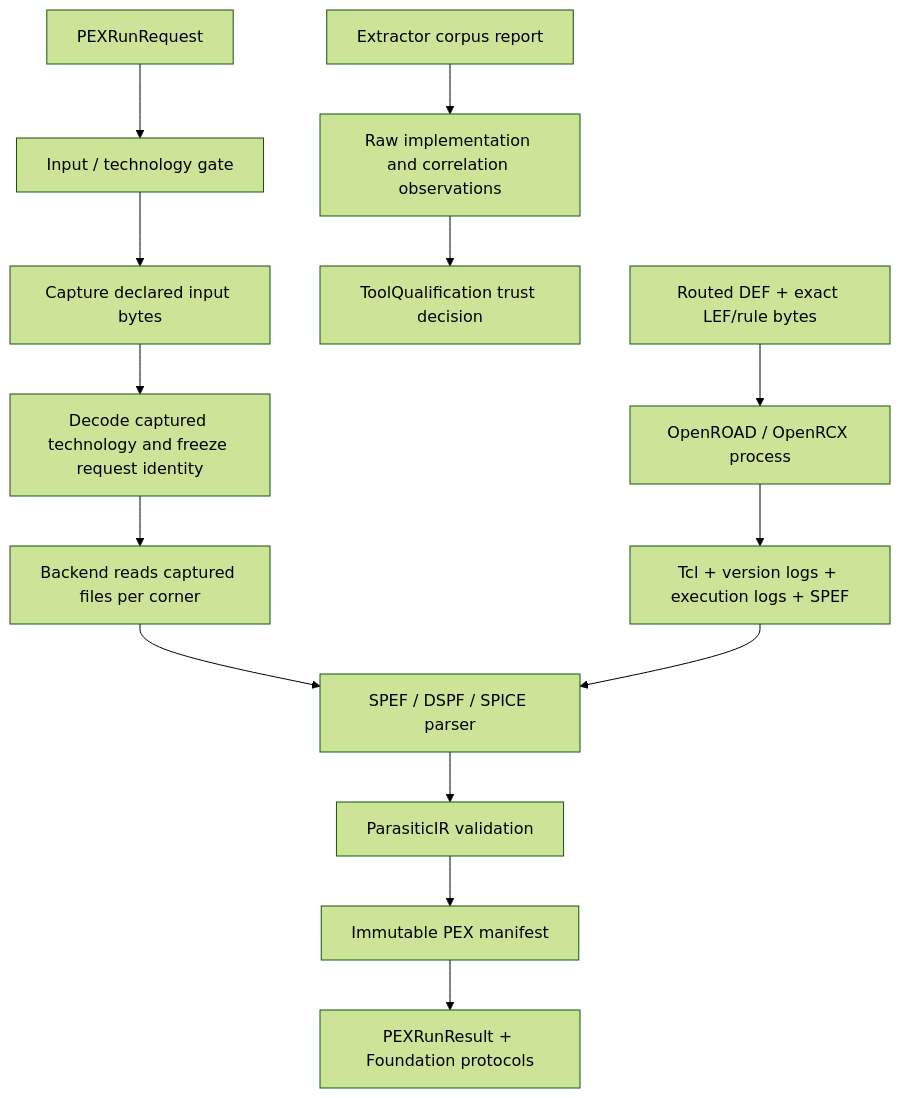
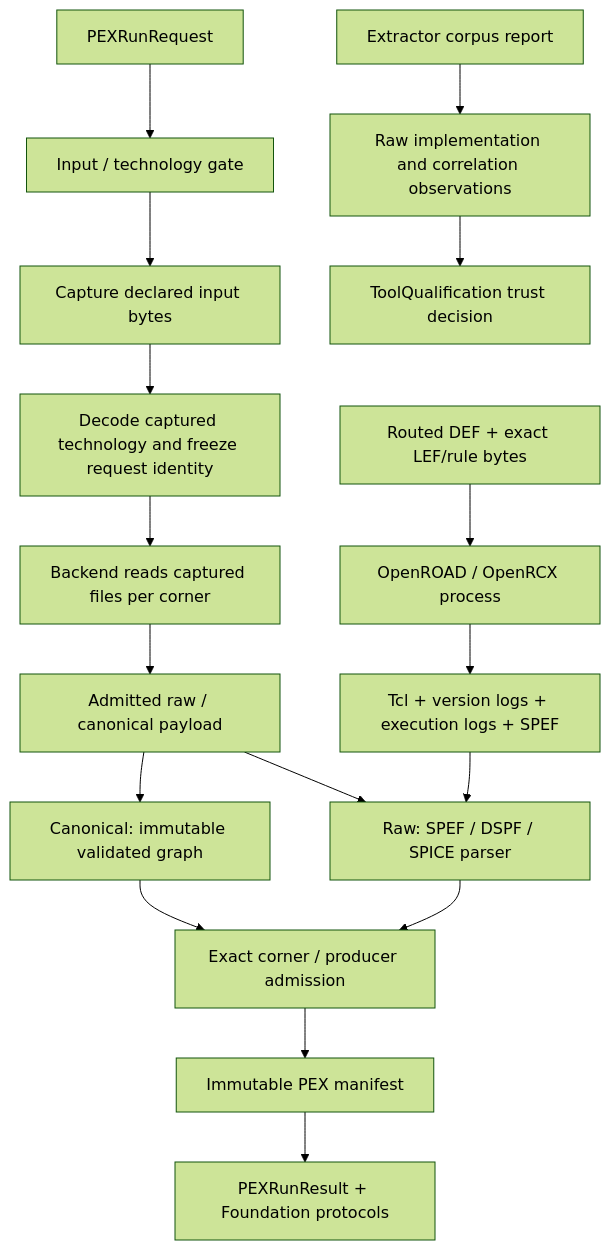
Before and after one commit to 1amageek/PEXEngine: the diagram in DESIGN.md, drawn with Mermaid (forest theme). The commit also changed other lines of this file and 24 other files, not shown here.

````diff
--- a/DESIGN.md
+++ b/DESIGN.md
@@ -33,18 +35,21 @@
 ```mermaid
 flowchart TD
     Input["PEXRunRequest"] --> Validate["Input / technology gate"]
     Validate --> Capture["Capture declared input bytes"]
     Capture --> Resolve["Decode captured technology and freeze request identity"]
     Resolve --> Execute["Backend reads captured files per corner"]
-    Execute --> Parse["SPEF / DSPF / SPICE parser"]
-    Parse --> IR["ParasiticIR validation"]
+    Execute --> Payload["Admitted raw / canonical payload"]
+    Payload --> Parse["Raw: SPEF / DSPF / SPICE parser"]
+    Payload --> Canonical["Canonical: immutable validated graph"]
+    Parse --> IR["Exact corner / producer admission"]
+    Canonical --> IR
     IR --> Persist["Immutable PEX manifest"]
     Persist --> Result["PEXRunResult + Foundation protocols"]
 
     Report["Extractor corpus report"] --> Observations["Raw implementation and correlation observations"]
     Observations --> ToolQualification["ToolQualification trust decision"]
 
     DEF["Routed DEF + exact LEF/rule bytes"] --> OpenRCX["OpenROAD / OpenRCX process"]
     OpenRCX --> RawEvidence["Tcl + version logs + execution logs + SPEF"]
     RawEvidence --> Parse
 ```
````
